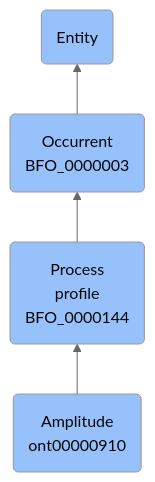
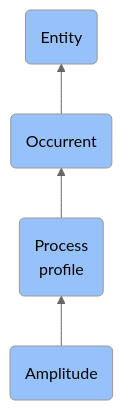
One commit to jupyter-naas/abi changed the diagram in docs/ontology/reference/model/Entity/Occurrent/Process profile/Amplitude/Amplitude.md. Above: the diagram before and after it, drawn with Mermaid (neutral theme). The commit also changed other lines of this file and 1430 other files, not shown here.

````diff
--- a/docs/ontology/reference/model/Entity/Occurrent/Process profile/Amplitude/Amplitude.md
+++ b/docs/ontology/reference/model/Entity/Occurrent/Process profile/Amplitude/Amplitude.md
@@ -24,11 +24,11 @@
 ```mermaid
 graph BT
-    ont00000910(Amplitude<br>ont00000910):::BFO-->BFO_0000144
-    BFO_0000144(Process<br>profile<br>BFO_0000144):::BFO-->BFO_0000003
-    BFO_0000003(Occurrent<br>BFO_0000003):::BFO-->BFO_0000001
+    ont00000910(Amplitude):::BFO-->BFO_0000144
+    BFO_0000144(Process<br>profile):::BFO-->BFO_0000003
+    BFO_0000003(Occurrent):::BFO-->BFO_0000001
     BFO_0000001(Entity):::BFO
     
     classDef BFO fill:#97c1fb,color:#060606
     classDef CCO fill:#e4c51e,color:#060606
     classDef ABI fill:#48DD82,color:#060606
 ```
````
